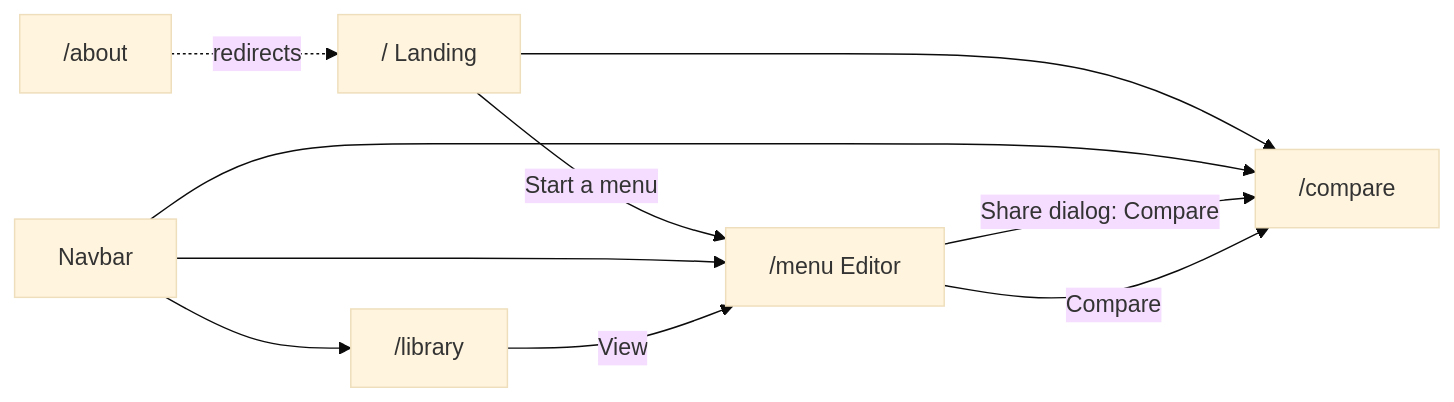
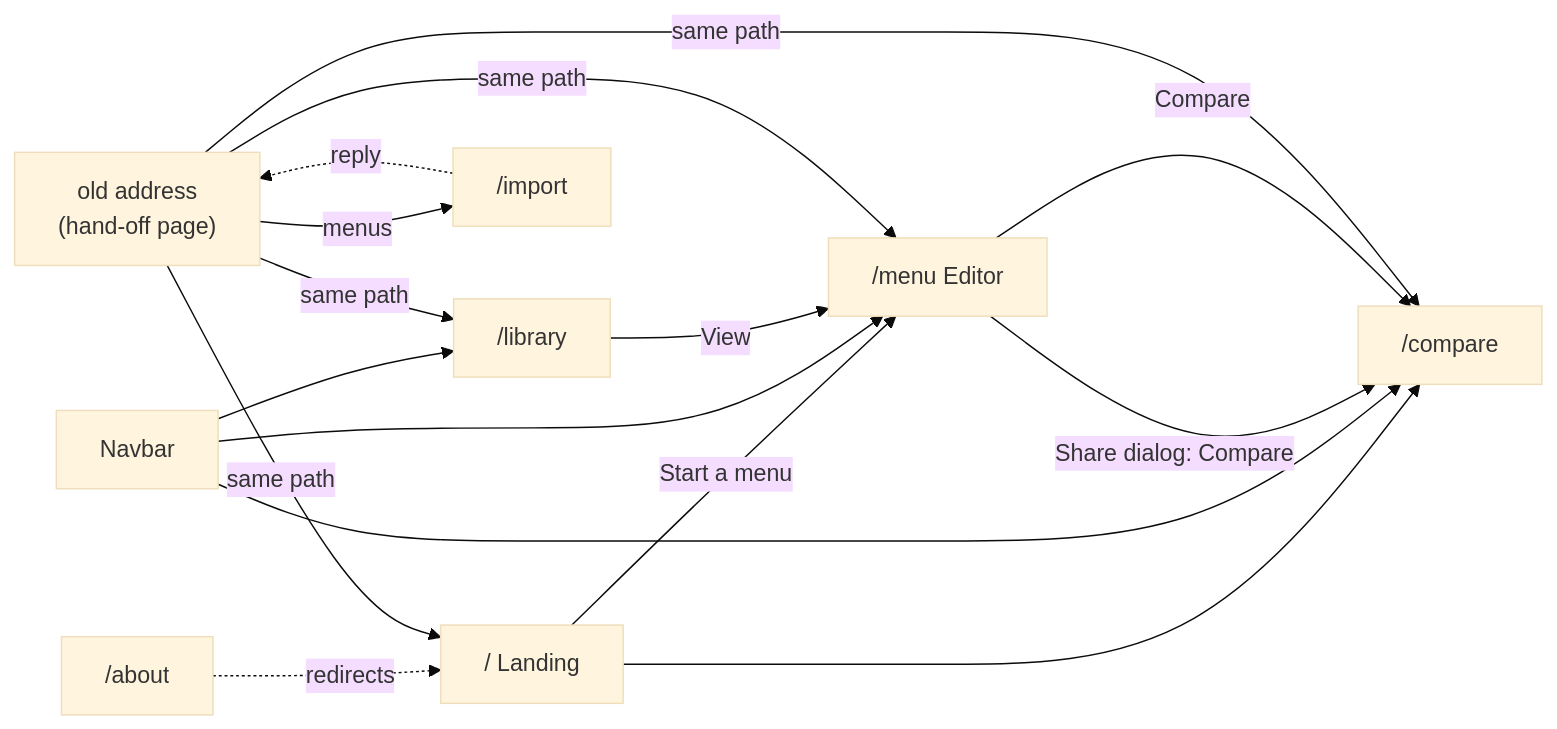
The seventh of 8 diagrams in docs/spec/README.md (robotoer/relationship-menu), drawn with Mermaid (base theme) before and after one commit. The commit also changed other lines of this file and 17 other files, not shown here.

````diff
--- a/docs/spec/README.md
+++ b/docs/spec/README.md
@@ -316,10 +316,13 @@
 ```mermaid
 flowchart LR
   L["/  Landing"] -->|Start a menu| M["/menu  Editor"]
   L --> C["/compare"]
   N[Navbar] --> LB["/library"] & M & C
   LB -->|View| M
   M -->|Share dialog: Compare| C
   M -->|Compare| C
   A["/about"] -.redirects.-> L
+  O["old address<br/>(hand-off page)"] -->|menus| I["/import"]
+  I -.reply.-> O
+  O -->|same path| L & M & C & LB
 ```
````
